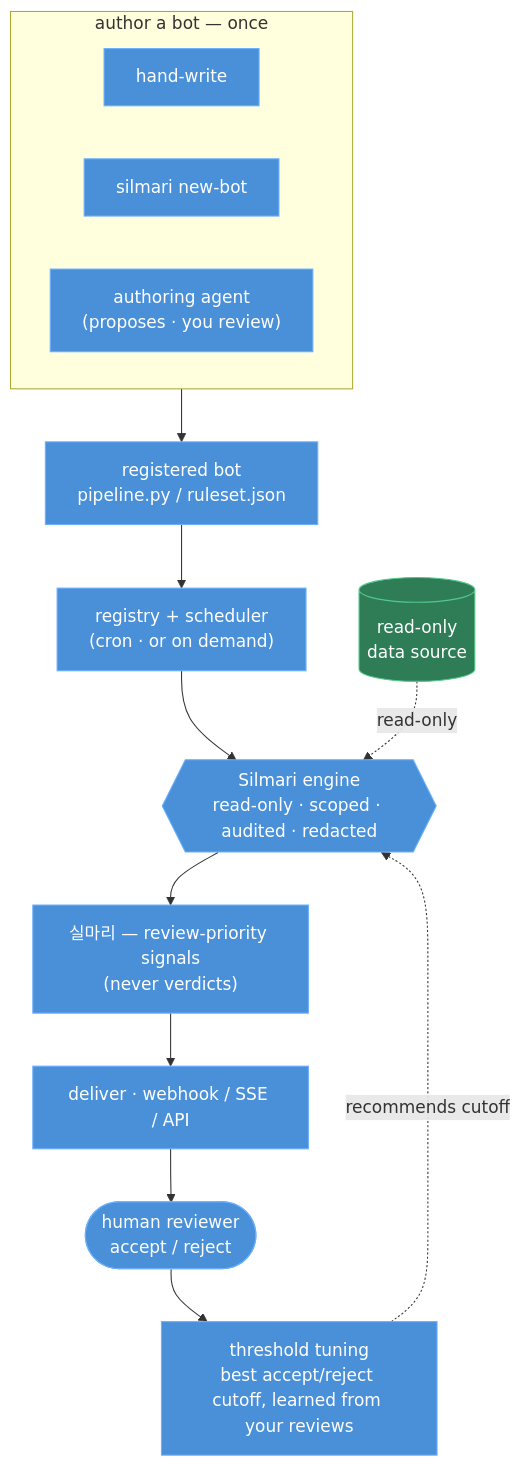
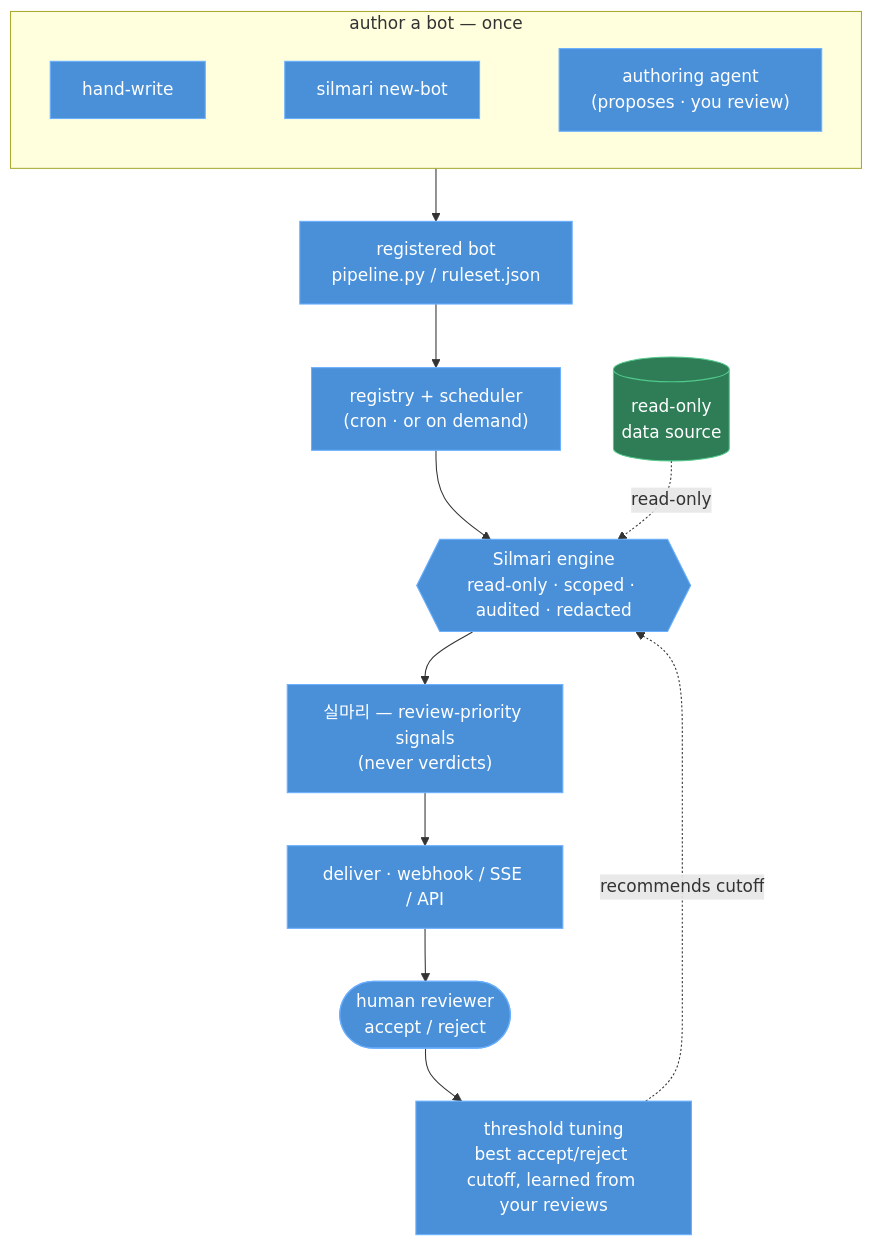
Before and after one commit to douinc/silmari: the diagram in README.md, drawn with Mermaid.

Commit message:
README: lay the three authoring methods in one row (#14)
Add invisible links (a1 ~~~ a2 ~~~ a3) inside the LR authoring subgraph so the three ways to author
a bot sit side-by-side instead of stacking — keeps the diagram narrow (the earlier width complaint)
without making it needlessly tall.

````diff
--- a/README.md
+++ b/README.md
@@ -29,22 +29,23 @@
 ```mermaid
 flowchart TB
     subgraph author["author a bot — once"]
         direction LR
         a1["hand-write"]
         a2["silmari new-bot"]
         a3["authoring agent<br/>(proposes · you review)"]
+        a1 ~~~ a2 ~~~ a3
     end
     author --> bot["registered bot<br/>pipeline.py / ruleset.json"]
     bot --> reg["registry + scheduler<br/>(cron · or on demand)"]
     reg --> engine{{"Silmari engine<br/>read-only · scoped · audited · redacted"}}
     src[("read-only<br/>data source")] -. read-only .-> engine
     engine --> signals["실마리 — review-priority signals<br/>(never verdicts)"]
     signals --> sinks["deliver · webhook / SSE / API"]
     sinks --> human(["human reviewer<br/>accept / reject"])
     human --> tuning["threshold tuning<br/>best accept/reject cutoff, learned from your reviews"]
     tuning -. recommends cutoff .-> engine
 
     classDef default fill:#4a90d9,stroke:#6ab0ff,color:#fff
     classDef store fill:#2e7d57,stroke:#52c98a,color:#fff
     class src store
 ```
````
